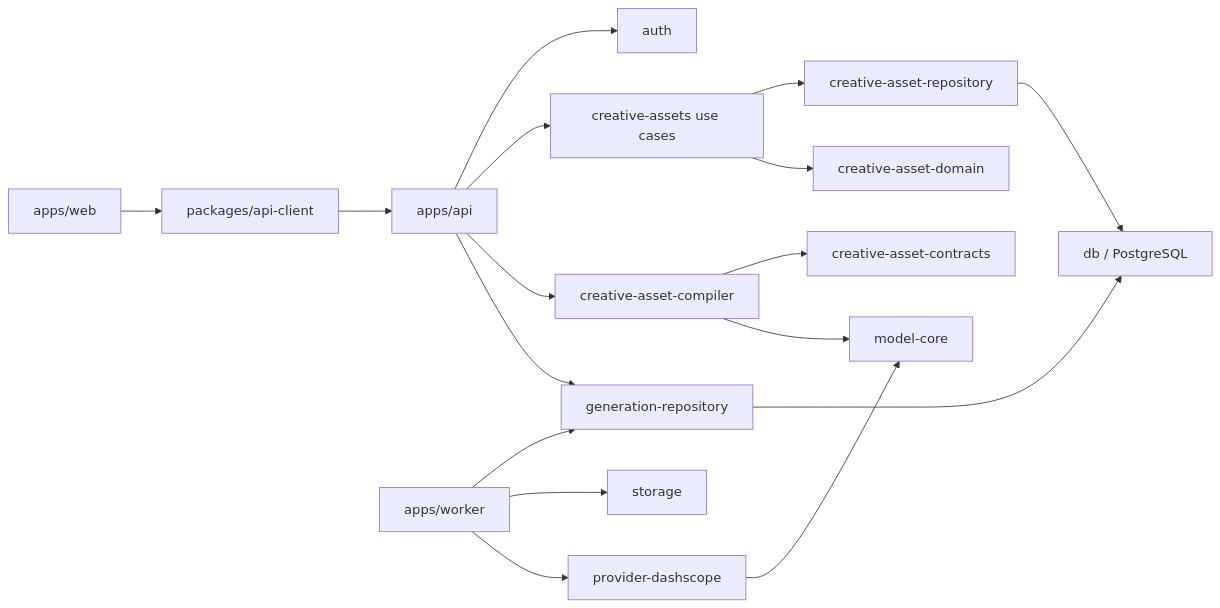
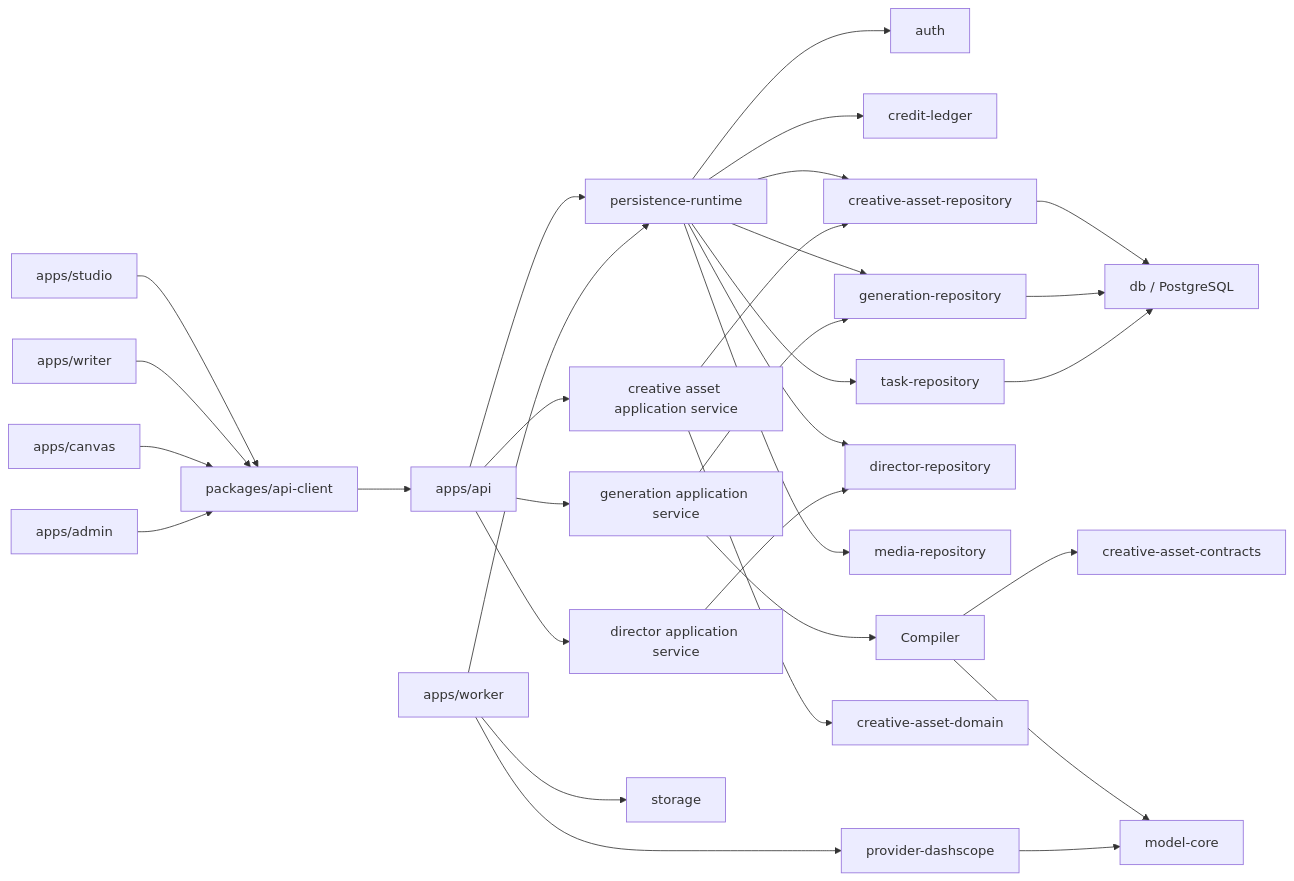
The diagram in docs/architecture/creative-asset-platform.md (puzzle-fuzzy/bl-studio), drawn with Mermaid before and after one commit. The commit also changed other lines of this file and 16 other files, not shown here.

Commit message:
refactor: split asset and share persistence boundaries

````diff
--- a/docs/architecture/creative-asset-platform.md
+++ b/docs/architecture/creative-asset-platform.md
@@ -34,21 +34,34 @@
 ```mermaid
 flowchart LR
-  Web["apps/web"] --> Client["packages/api-client"]
+  Studio["apps/studio"] --> Client["packages/api-client"]
+  Writer["apps/writer"] --> Client
+  Canvas["apps/canvas"] --> Client
+  Admin["apps/admin"] --> Client
   Client --> API["apps/api"]
 
-  API --> Auth["auth"]
-  API --> AssetService["creative-assets use cases"]
-  AssetService --> AssetRepo["creative-asset-repository"]
+  API --> Persistence["persistence-runtime"]
+  Worker["apps/worker"] --> Persistence
+  Persistence --> Auth["auth"]
+  Persistence --> Credit["credit-ledger"]
+  Persistence --> AssetRepo["creative-asset-repository"]
+  Persistence --> GenerationRepo["generation-repository"]
+  Persistence --> TaskRepo["task-repository"]
+  Persistence --> DirectorRepo["director-repository"]
+  Persistence --> MediaRepo["media-repository"]
+  API --> GenerationService["generation application service"]
+  GenerationService --> GenerationRepo
+  GenerationService --> Compiler
+  API --> DirectorService["director application service"]
+  DirectorService --> DirectorRepo
+  API --> AssetService["creative asset application service"]
+  AssetService --> AssetRepo
   AssetService --> AssetDomain["creative-asset-domain"]
-  API --> Compiler["creative-asset-compiler"]
   Compiler --> Contracts["creative-asset-contracts"]
   Compiler --> ModelCore["model-core"]
-  API --> GenerationRepo["generation-repository"]
-
-  Worker["apps/worker"] --> GenerationRepo
   Worker --> Storage["storage"]
   Worker --> Provider["provider-dashscope"]
   Provider --> ModelCore
   AssetRepo --> DB["db / PostgreSQL"]
   GenerationRepo --> DB
+  TaskRepo --> DB
 ```
````
